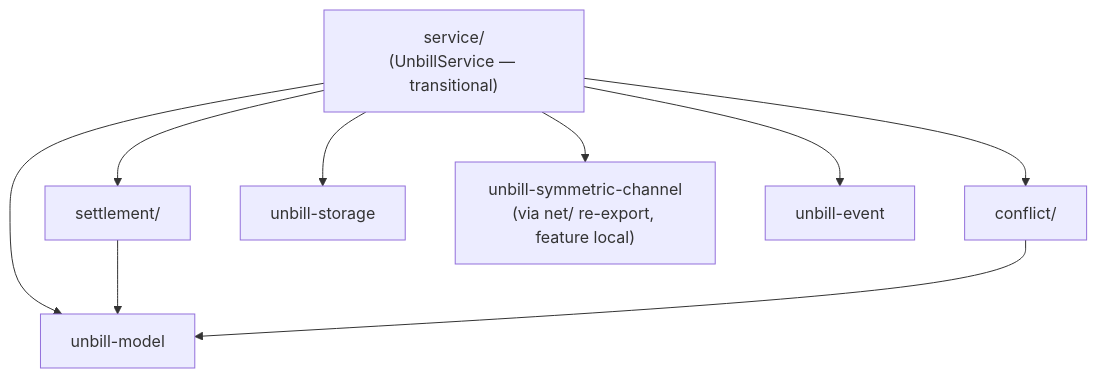
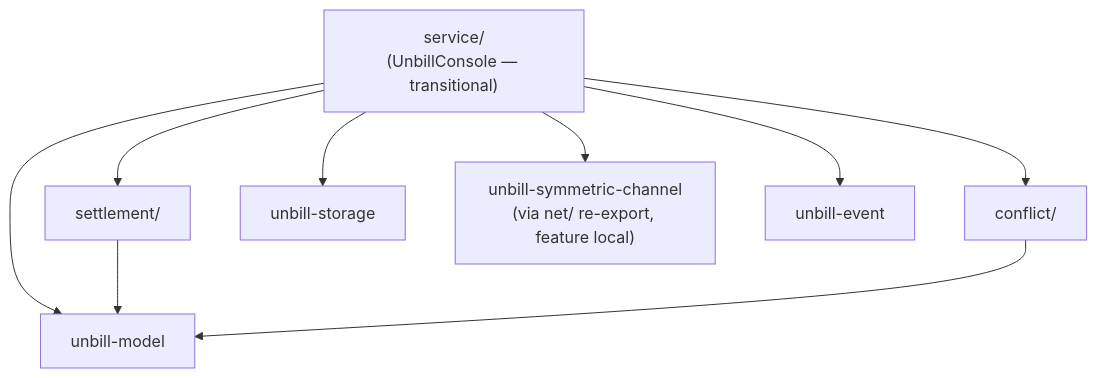
One commit to unbill-project/unbill changed the diagram in crates/unbill-console/DESIGN.md. Above: the diagram before and after it, drawn with Mermaid. The commit also changed other lines of this file and 26 other files, not shown here.

Commit message:
docs: rename unbill-service to unbill-console

````diff
--- a/crates/unbill-console/DESIGN.md
+++ b/crates/unbill-console/DESIGN.md
@@ -7,19 +7,19 @@
 ```mermaid
 flowchart TB
-    Service["service/\n(UnbillService — transitional)"]
+    Service["service/\n(UnbillConsole — transitional)"]
     Settlement["settlement/"]
     Conflict["conflict/"]
     Storage["unbill-storage"]
     SymNet["unbill-symmetric-channel\n(via net/ re-export, feature local)"]
     Model["unbill-model"]
     Event["unbill-event"]
 
     Service --> Settlement
     Service --> Conflict
     Service --> Storage
     Service --> SymNet
     Service --> Model
     Service --> Event
     Settlement --> Model
     Conflict --> Model
 ```
````
